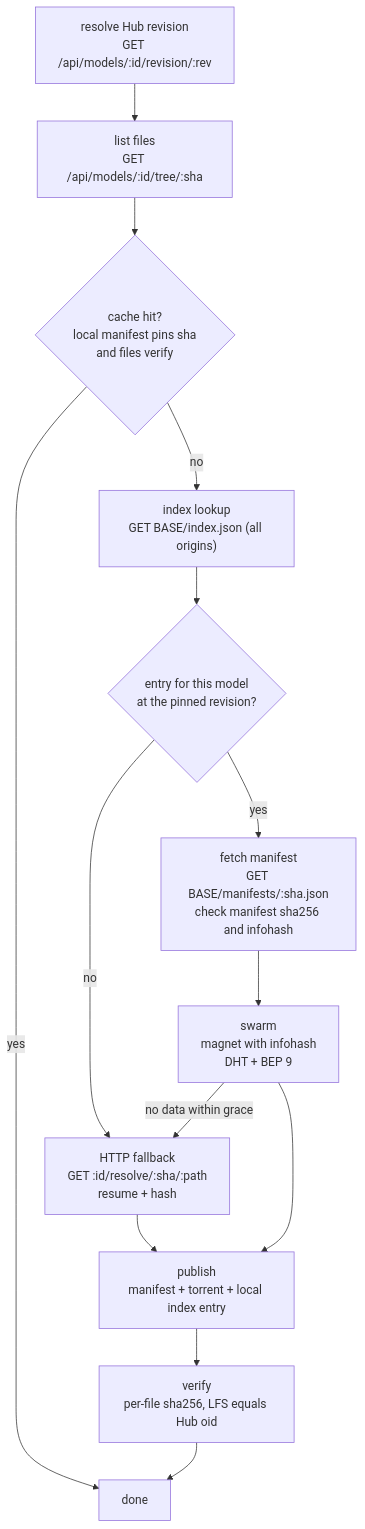
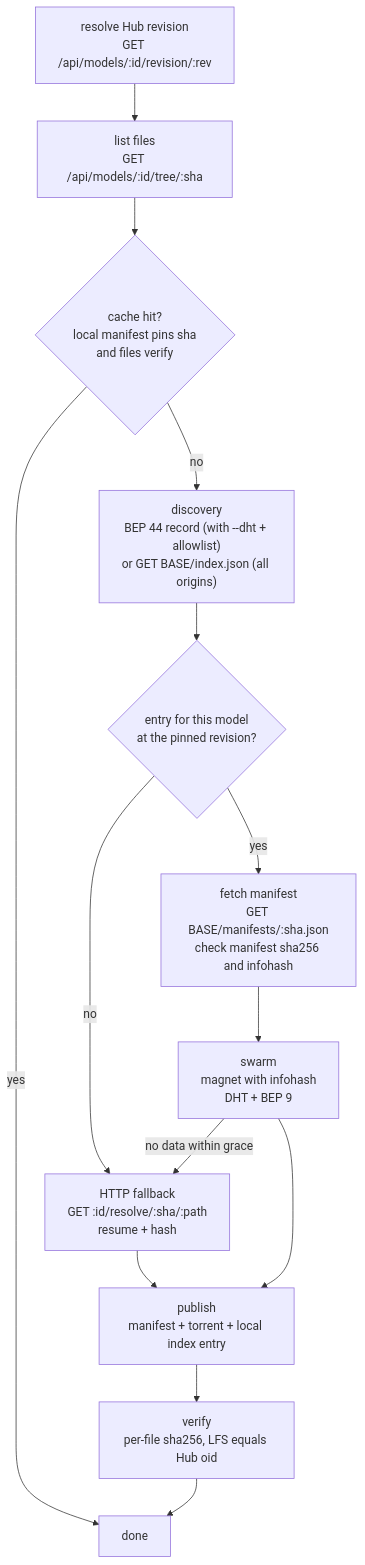
Before and after one commit to log0u7/llmp2p: the diagram in docs/explanation/protocol.md, drawn with Mermaid. The commit also changed other lines of this file and 7 other files, not shown here.

First line of the commit message:
docs: BEP 44 DHT discovery (ADR-0005) across the doc set

````diff
--- a/docs/explanation/protocol.md
+++ b/docs/explanation/protocol.md
@@ -41,16 +41,16 @@
 ```mermaid
 flowchart TD
     A["resolve Hub revision<br>GET /api/models/:id/revision/:rev"] --> B["list files<br>GET /api/models/:id/tree/:sha"]
     B --> C{"cache hit?<br>local manifest pins sha<br>and files verify"}
     C -->|yes| DONE
-    C -->|no| D["index lookup<br>GET BASE/index.json (all origins)"]
+    C -->|no| D["discovery<br>BEP 44 record (with --dht + allowlist)<br>or GET BASE/index.json (all origins)"]
     D --> E{"entry for this model<br>at the pinned revision?"}
     E -->|no| HTTP["HTTP fallback<br>GET :id/resolve/:sha/:path<br>resume + hash"]
     E -->|yes| F["fetch manifest<br>GET BASE/manifests/:sha.json<br>check manifest sha256 and infohash"]
     F --> G["swarm<br>magnet with infohash<br>DHT + BEP 9"]
     G -->|"no data within grace"| HTTP
     G --> PUB
     HTTP --> PUB["publish<br>manifest + torrent + local index entry"]
     PUB --> V["verify<br>per-file sha256, LFS equals Hub oid"]
     V --> DONE["done"]
 ```
````
